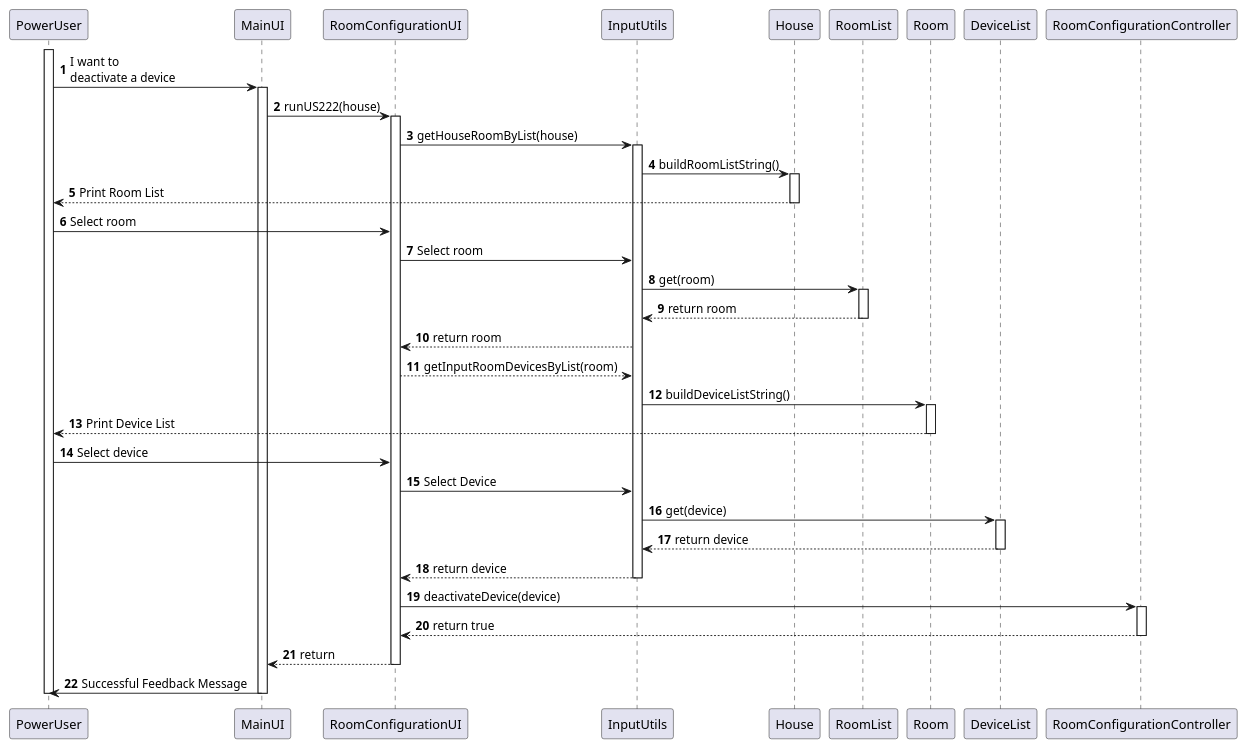
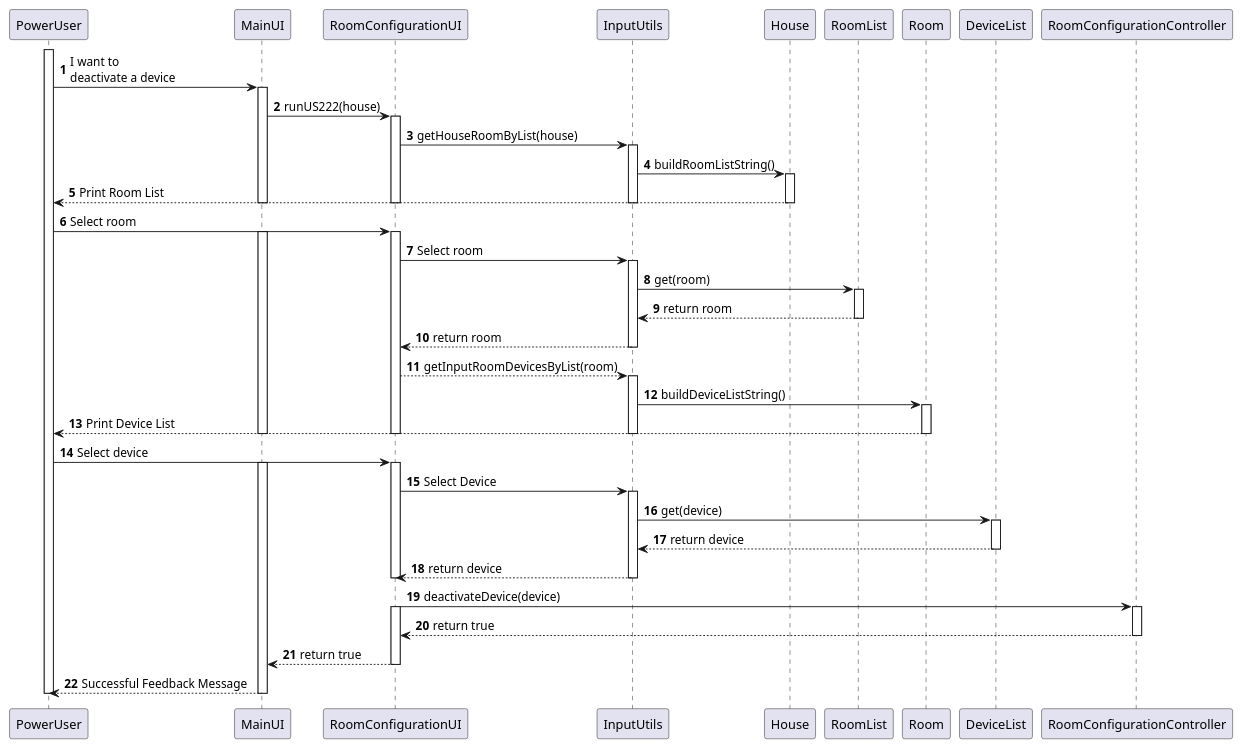
One commit to Almadanmp/project changed the diagram in uml/US222.puml. Above: the diagram before and after it, drawn with PlantUML.

Commit message:
#103 - UML Sequence Diagram

```diff
--- a/uml/US222.puml
+++ b/uml/US222.puml
@@ -1,43 +1,59 @@
 @startuml
 autonumber
 activate PowerUser
 PowerUser -> MainUI: I want to\ndeactivate a device
 activate MainUI
 MainUI -> RoomConfigurationUI: runUS222(house)
 activate RoomConfigurationUI
 RoomConfigurationUI -> InputUtils: getHouseRoomByList(house)
 activate InputUtils
 InputUtils -> House: buildRoomListString()
 activate House
 House --> PowerUser: Print Room List
 deactivate House
+deactivate InputUtils
+deactivate RoomConfigurationUI
+deactivate MainUI
 PowerUser -> RoomConfigurationUI: Select room
+activate MainUI
+activate RoomConfigurationUI
 RoomConfigurationUI -> InputUtils: Select room
+activate InputUtils
 InputUtils -> RoomList: get(room)
 activate RoomList
 RoomList --> InputUtils: return room
 deactivate RoomList
 InputUtils --> RoomConfigurationUI: return room
+deactivate InputUtils
 RoomConfigurationUI --> InputUtils: getInputRoomDevicesByList(room)
+activate InputUtils
 InputUtils -> Room: buildDeviceListString()
 activate Room
 Room --> PowerUser: Print Device List
+deactivate MainUI
+deactivate InputUtils
 deactivate Room
+deactivate RoomConfigurationUI
 PowerUser -> RoomConfigurationUI: Select device
+activate MainUI
+activate RoomConfigurationUI
 RoomConfigurationUI -> InputUtils: Select Device
+activate InputUtils
 InputUtils -> DeviceList: get(device)
 activate DeviceList
 DeviceList --> InputUtils: return device
 deactivate DeviceList
 InputUtils --> RoomConfigurationUI: return device
+deactivate RoomConfigurationUI
 deactivate InputUtils
 RoomConfigurationUI -> RoomConfigurationController: deactivateDevice(device)
+activate RoomConfigurationUI
 activate RoomConfigurationController
 RoomConfigurationController --> RoomConfigurationUI: return true
 deactivate RoomConfigurationController
-RoomConfigurationUI --> MainUI: return
+RoomConfigurationUI --> MainUI: return true
 deactivate RoomConfigurationUI
-MainUI -> PowerUser: Successful Feedback Message
+MainUI --> PowerUser: Successful Feedback Message
 deactivate MainUI
 deactivate PowerUser
 @enduml
```
